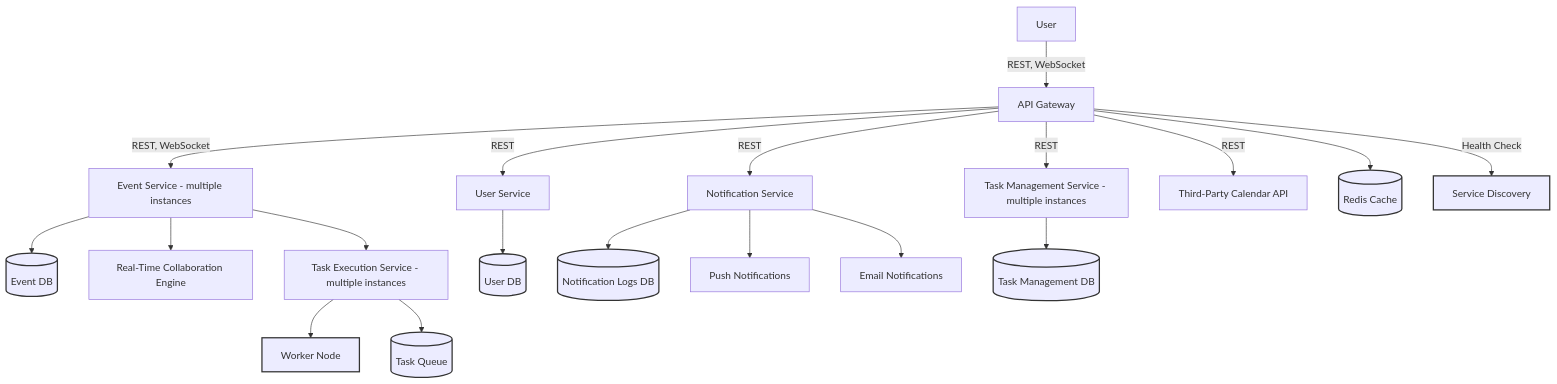
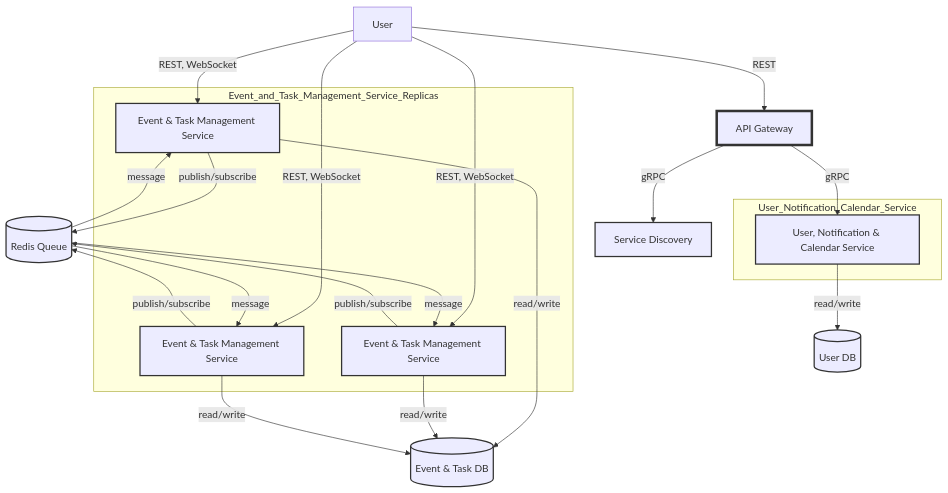
The diagram in README.md (CristianBrinza/event-planning), drawn with Mermaid before and after one commit. The commit also changed other lines of this file, not shown here.

````diff
--- a/README.md
+++ b/README.md
@@ -30,55 +44,37 @@
   ```mermaid
- graph TD
-    %% User Interaction
-    A[User] -->|REST, WebSocket| B[API Gateway]
+flowchart TD
+  subgraph Event_and_Task_Management_Service_Replicas
+    E1["Event & Task Management Service"]
+    E2["Event & Task Management Service"]
+    E3["Event & Task Management Service"]
+  end
 
-    %% API Gateway Routes
-    B -->|REST, WebSocket| C[Event Service - multiple instances]
-    B -->|REST| D[User Service]
-    B -->|REST| E[Notification Service]
-    B -->|REST| O[Task Management Service - multiple instances]
-    
-    %% Event Service
-    C --> F[(Event DB)]
-    C --> G[Real-Time Collaboration Engine]
-    C --> X[Task Execution Service - multiple instances]
+  subgraph User_Notification_Calendar_Service
+    U["User, Notification & Calendar Service"]
+  end
 
-    %% User Service
-    D --> H[(User DB)]
-    
-    %% Notification Service
-    E --> I[(Notification Logs DB)]
-    E --> J[Push Notifications]
-    E --> K[Email Notifications]
-    
-    %% Task Management
-    O --> Z[(Task Management DB)]
-    
-    %% External API Integration
-    B -->|REST| L[Third-Party Calendar API]
-    
-    %% Cache for Optimized Requests
-    B --> M[(Redis Cache)]
+  A["User"] -- REST, WebSocket --> E1 & E2 & E3
+  A -- REST --> B["API Gateway"]
+  
+  B -- gRPC --> U
+  E1 & E2 & E3 -- publish/subscribe --> C[("Redis Queue")]
+  E1 & E2 & E3 -- read/write --> D[("Event & Task DB")]
+  U -- read/write --> F[("User DB")]
+  B -- gRPC --> G["Service Discovery"]
+  C -- message --> E1 & E2 & E3
+  B:::gateway
+  E1:::service
+  E2:::service
+  E3:::service
+  U:::service
+  C:::queue
+  D:::database
+  F:::database
+  G:::service
 
-    %% Service Discovery
-    B -->|Health Check| N[Service Discovery]
-    
-    %% Worker Management
-    X --> Y[Worker Node]
-    X --> P[(Task Queue)]
+  classDef service stroke:#333,stroke-width:2px
+  classDef database stroke:#333,stroke-width:2px
+  classDef gateway stroke:#333,stroke-width:4px
+  classDef queue stroke:#333,stroke-width:2px
 
-    %% Databases and Caches
-    F:::database
-    H:::database
-    I:::database
-    Z:::database
-    M:::database
-    N:::service
-    P:::queue
-    Y:::worker
-    classDef database stroke:#333,stroke-width:2px
-    classDef queue stroke:#333,stroke-width:2px
-    classDef worker stroke:#333,stroke-width:2px
-    classDef service stroke:#333,stroke-width:2px
-      
   ```
````
